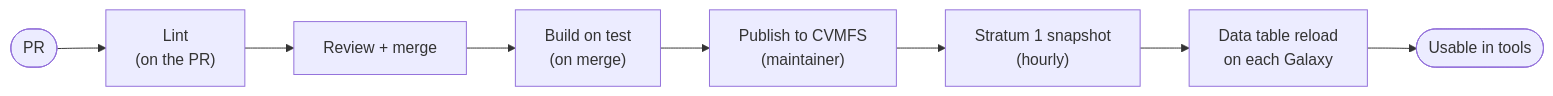
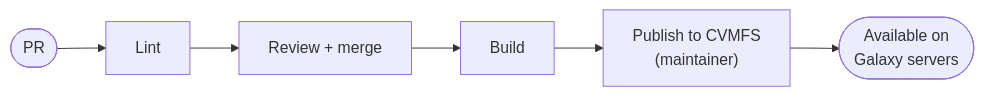
The diagram in docs/requesting-reference-data.md (galaxyproject/idc), drawn with Mermaid before and after one commit. The commit also changed other lines of this file and 5 other files, not shown here.

First line of the commit message:
Keep the build Galaxy's internals out of the requester docs

````diff
--- a/docs/requesting-reference-data.md
+++ b/docs/requesting-reference-data.md
@@ -296,10 +282,8 @@
 ```mermaid
 flowchart LR
-  pr(["PR"]) --> lint["Lint<br/>(on the PR)"]
+  pr(["PR"]) --> lint["Lint"]
   lint --> merge["Review + merge"]
-  merge --> build["Build on test<br/>(on merge)"]
+  merge --> build["Build"]
   build --> publish["Publish to CVMFS<br/>(maintainer)"]
-  publish --> s1["Stratum 1 snapshot<br/>(hourly)"]
-  s1 --> reload["Data table reload<br/>on each Galaxy"]
-  reload --> done(["Usable in tools"])
+  publish --> done(["Available on<br/>Galaxy servers"])
 ```
````
